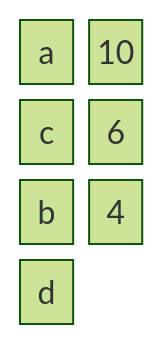
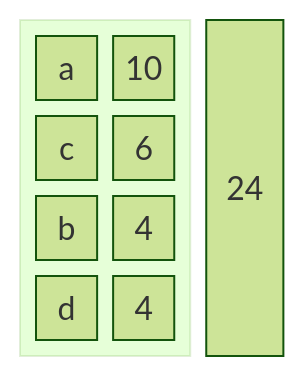
Before and after one commit to BenhurUFSM/pod26b: the sixth of 6 diagrams in Assuntos/compressao.md, drawn with Mermaid (forest theme). The commit also changed other lines of this file, not shown here.

````diff
--- a/Assuntos/compressao.md
+++ b/Assuntos/compressao.md
@@ -148,8 +148,12 @@
 ```mermaid
 block
+columns 3
+block:b1:2
 columns 2
-a 10
-c  6
-b  4
-d  4
+c1["a"] v1["10"]
+c2["c"] v2["6"]
+c3["b"] v3["4"]
+c4["d"] v4["4"]
+end
+24
 ```
````
